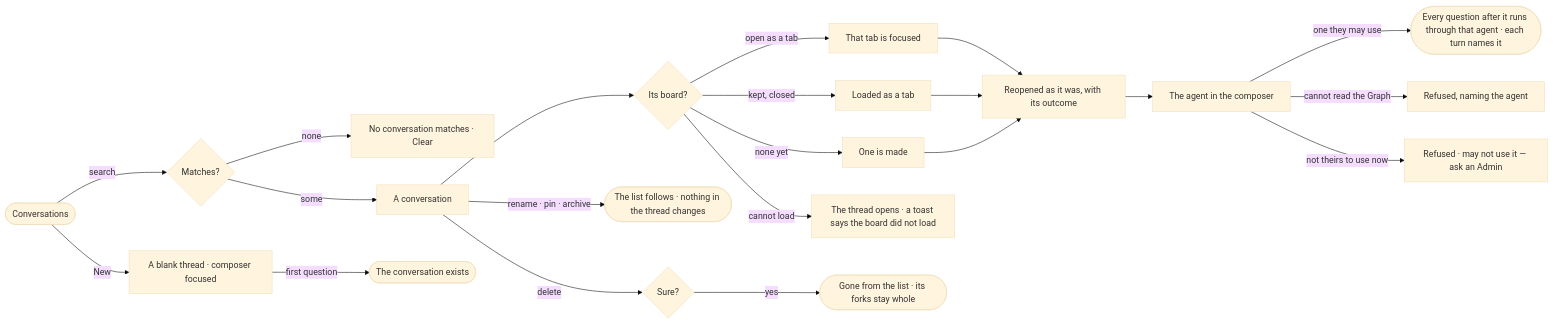
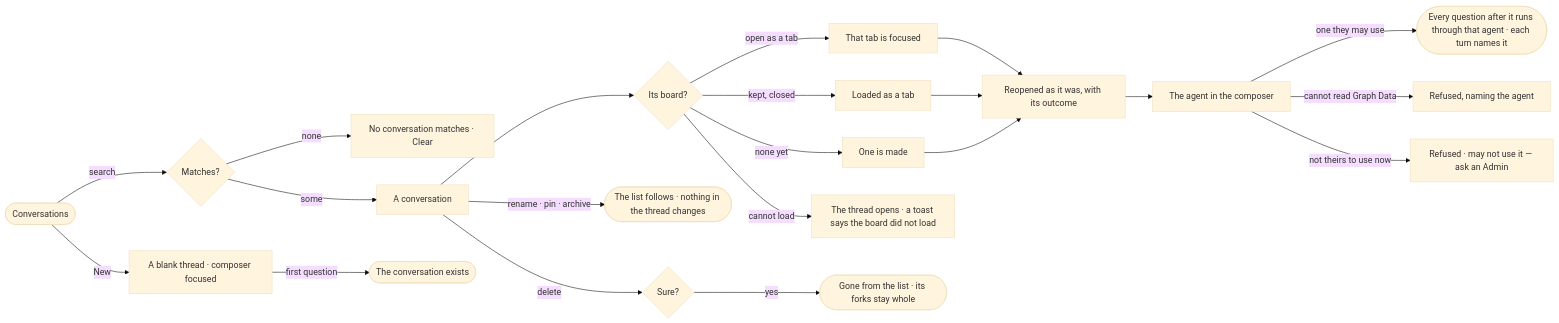
Before and after one commit to invana/invana: the diagram in specs/capabilities/explore/features/EX-F03-ask-a-question/stories/EX-10-pick-up-a-conversation/story.md, drawn with Mermaid (base theme). The commit also changed 69 other files, not shown here.

First line of the commit message:
feat(specs): retire Graph as an object — Graph Data is the screen word

````diff
--- a/specs/capabilities/explore/features/EX-F03-ask-a-question/stories/EX-10-pick-up-a-conversation/story.md
+++ b/specs/capabilities/explore/features/EX-F03-ask-a-question/stories/EX-10-pick-up-a-conversation/story.md
@@ -31,19 +31,19 @@
 ```mermaid
 flowchart LR
   h([Conversations]) -->|search| s{Matches?}
   s -->|none| e["No conversation matches · Clear"]
   s -->|some| row["A conversation"] --> bd{Its board?}
   bd -->|open as a tab| fo["That tab is focused"] --> o
   bd -->|kept, closed| ld["Loaded as a tab"] --> o
   bd -->|none yet| mk["One is made"] --> o
   bd -->|cannot load| tf["The thread opens · a toast says the board did not load"]
   o["Reopened as it was, with its outcome"]
   h -->|New| n["A blank thread · composer focused"] -->|first question| saved(["The conversation exists"])
   o --> ag["The agent in the composer"]
   ag -->|one they may use| run(["Every question after it runs through that agent · each turn names it"])
-  ag -->|cannot read the Graph| agr["Refused, naming the agent"]
+  ag -->|cannot read Graph Data| agr["Refused, naming the agent"]
   ag -->|not theirs to use now| ng["Refused · may not use it — ask an Admin"]
   row -->|rename · pin · archive| kept(["The list follows · nothing in the thread changes"])
   row -->|delete| del{Sure?}
   del -->|yes| gone(["Gone from the list · its forks stay whole"])
 ```
````
